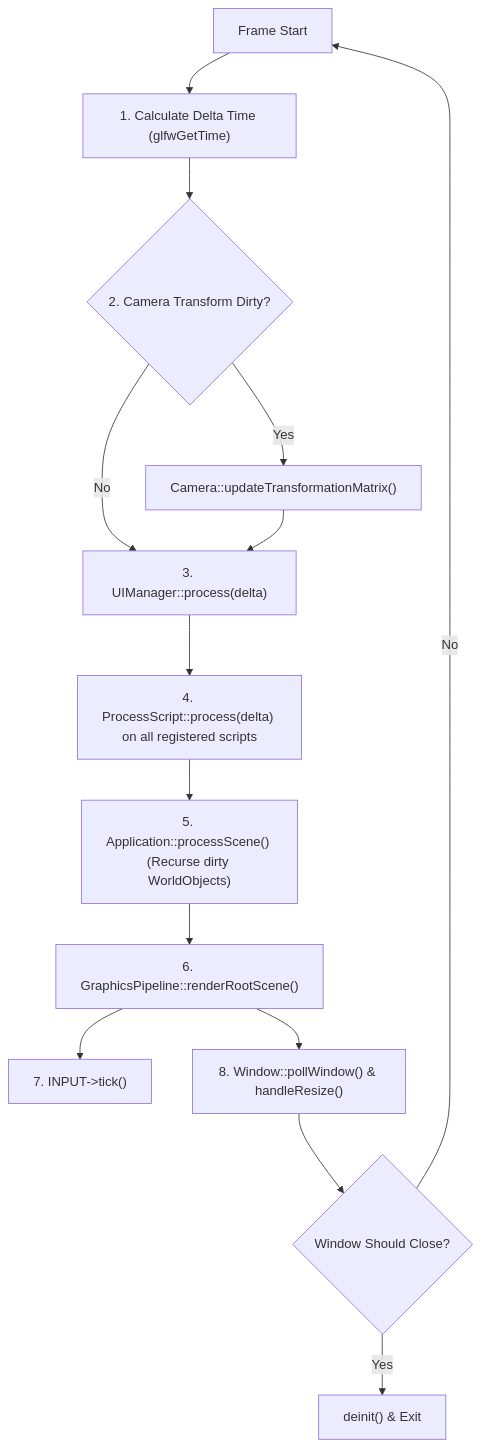
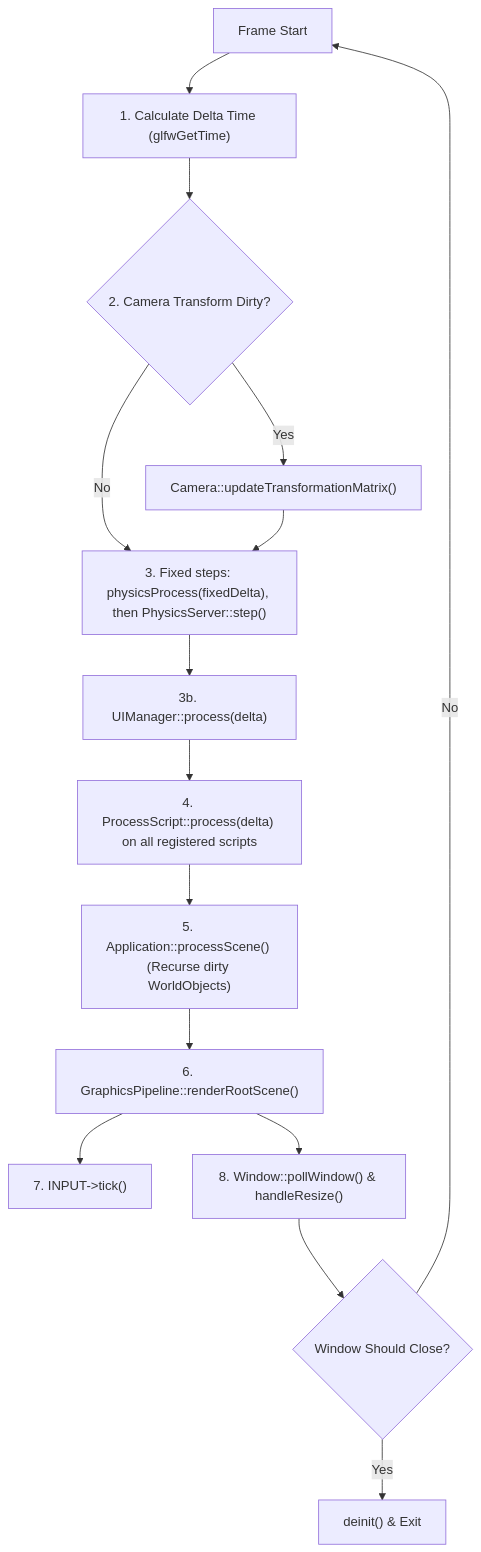
One commit to swdhahn/bird-engine changed the second of 2 diagrams in docs/architecture/lifecycle_and_main_loop.md. Above: the diagram before and after it, drawn with Mermaid. The commit also changed other lines of this file and 42 other files, not shown here.

````diff
--- a/docs/architecture/lifecycle_and_main_loop.md
+++ b/docs/architecture/lifecycle_and_main_loop.md
@@ -40,16 +40,17 @@
 ```mermaid
 flowchart TD
     Start["Frame Start"] --> Time["1. Calculate Delta Time (glfwGetTime)"]
     Time --> CamCheck{"2. Camera Transform Dirty?"}
     CamCheck -- Yes --> CamUpdate["Camera::updateTransformationMatrix()"]
-    CamCheck -- No --> UITick["3. UIManager::process(delta)"]
-    CamUpdate --> UITick
+    CamCheck -- No --> Physics["3. Fixed steps: physicsProcess(fixedDelta), then PhysicsServer::step()"]
+    CamUpdate --> Physics
+    Physics --> UITick["3b. UIManager::process(delta)"]
     UITick --> Scripts["4. ProcessScript::process(delta) on all registered scripts"]
     Scripts --> SceneProc["5. Application::processScene() (Recurse dirty WorldObjects)"]
     SceneProc --> Render["6. GraphicsPipeline::renderRootScene()"]
     Render --> Input["7. INPUT->tick()"]
     Render --> Window["8. Window::pollWindow() & handleResize()"]
     Window --> Loop{"Window Should Close?"}
     Loop -- No --> Start
     Loop -- Yes --> Shutdown["deinit() & Exit"]
 ```
````
